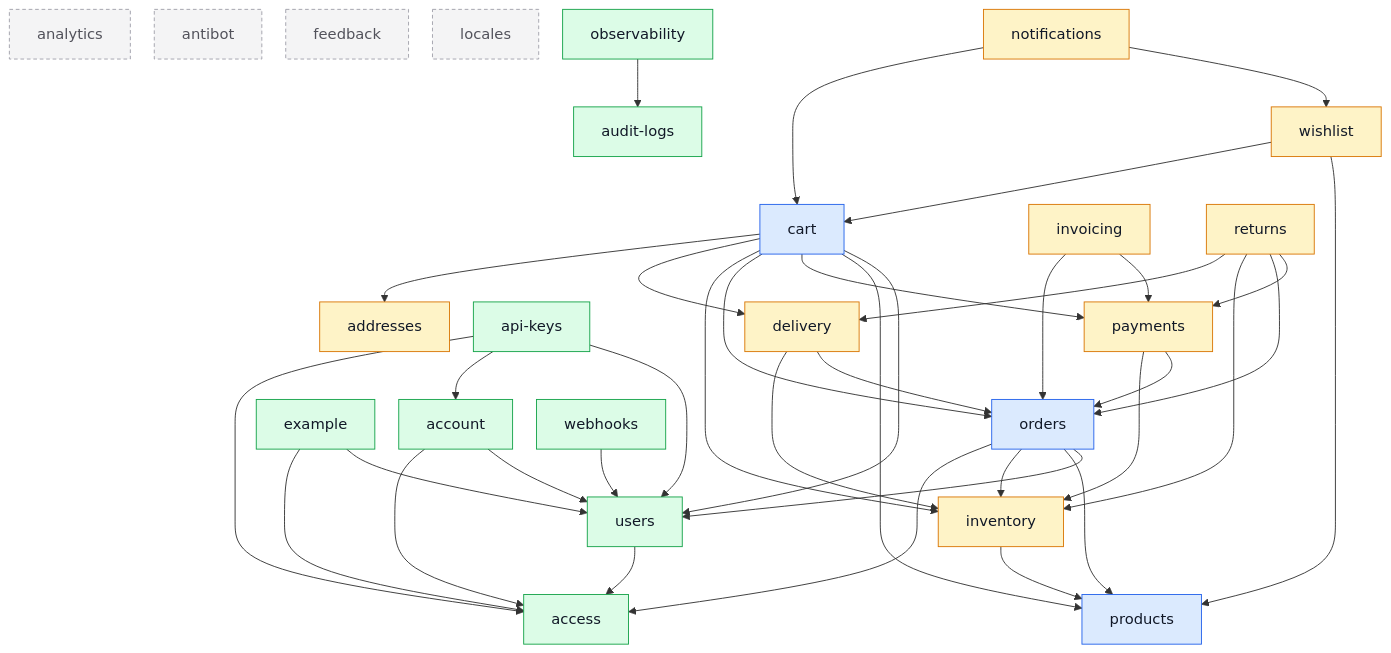
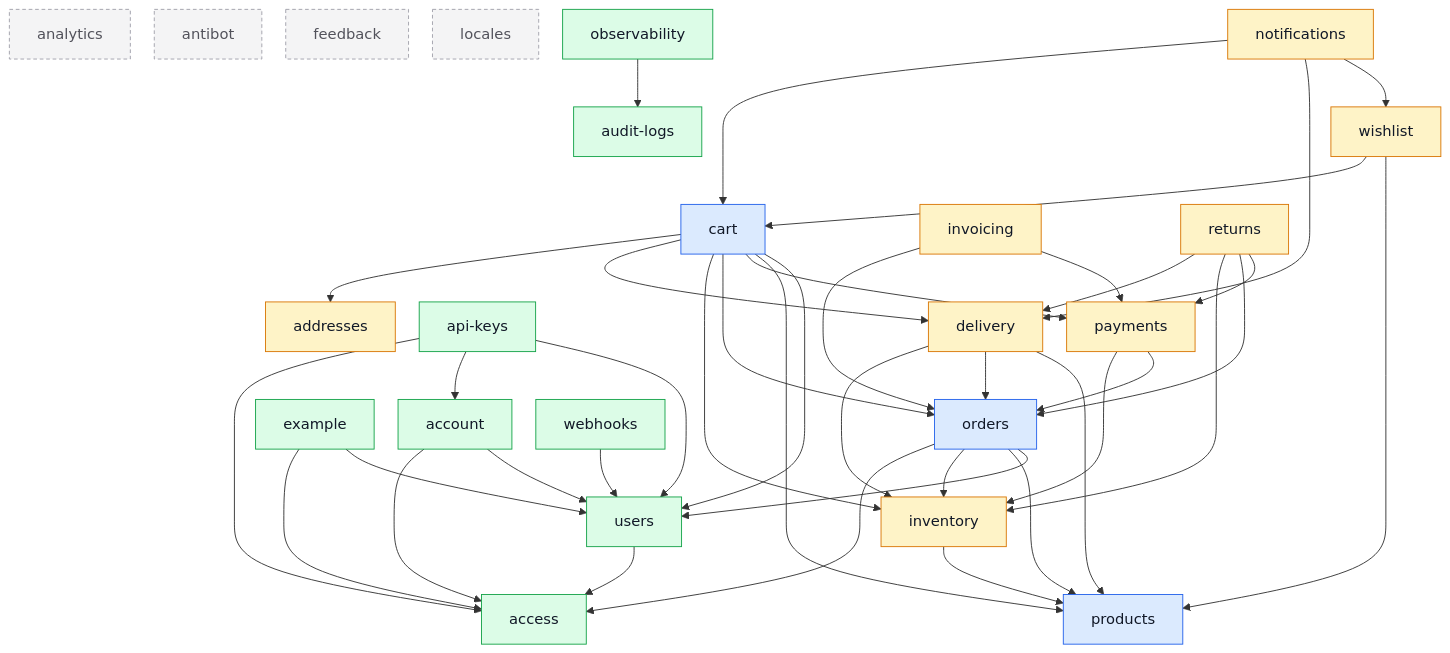
Before and after one commit to Guebbit/boilerplate-node-backend: the diagram in docs/modules/index.md, drawn with Mermaid. The commit also changed other lines of this file and 61 other files, not shown here.

````diff
--- a/docs/modules/index.md
+++ b/docs/modules/index.md
@@ -40,73 +40,75 @@
 ```mermaid
 %%{init: {'flowchart': {'nodeSpacing': 26, 'rankSpacing': 52}}}%%
 flowchart TD
     access
     account
     addresses
     analytics
     antibot
     api_keys["api-keys"]
     audit_logs["audit-logs"]
     cart
     delivery
     example
     feedback
     inventory
     invoicing
     locales
     notifications
     observability
     orders
     payments
     products
     returns
     users
     webhooks
     wishlist
 
     account --> access
     account --> users
     api_keys --> access
     api_keys --> account
     api_keys --> users
     cart --> addresses
     cart --> delivery
     cart --> inventory
     cart --> orders
     cart --> payments
     cart --> products
     cart --> users
     delivery --> inventory
     delivery --> orders
+    delivery --> products
     example --> access
     example --> users
     inventory --> products
     invoicing --> orders
     invoicing --> payments
     notifications --> cart
+    notifications --> delivery
     notifications --> wishlist
     observability --> audit_logs
     orders --> access
     orders --> inventory
     orders --> products
     orders --> users
     payments --> inventory
     payments --> orders
     returns --> delivery
     returns --> inventory
     returns --> orders
     returns --> payments
     users --> access
     webhooks --> users
     wishlist --> cart
     wishlist --> products
 
     classDef core fill:#dbeafe,stroke:#2563eb,color:#111827;
     classDef supporting fill:#fef3c7,stroke:#d97706,color:#111827;
     classDef generic fill:#dcfce7,stroke:#16a34a,color:#111827;
     classDef isolated fill:#f4f4f5,stroke:#a1a1aa,color:#52525b,stroke-dasharray:4 3;
     class cart,orders,products core;
     class addresses,delivery,inventory,invoicing,notifications,payments,returns,wishlist supporting;
     class access,account,api_keys,audit_logs,example,observability,users,webhooks generic;
     class analytics,antibot,feedback,locales isolated;
 ```
````
